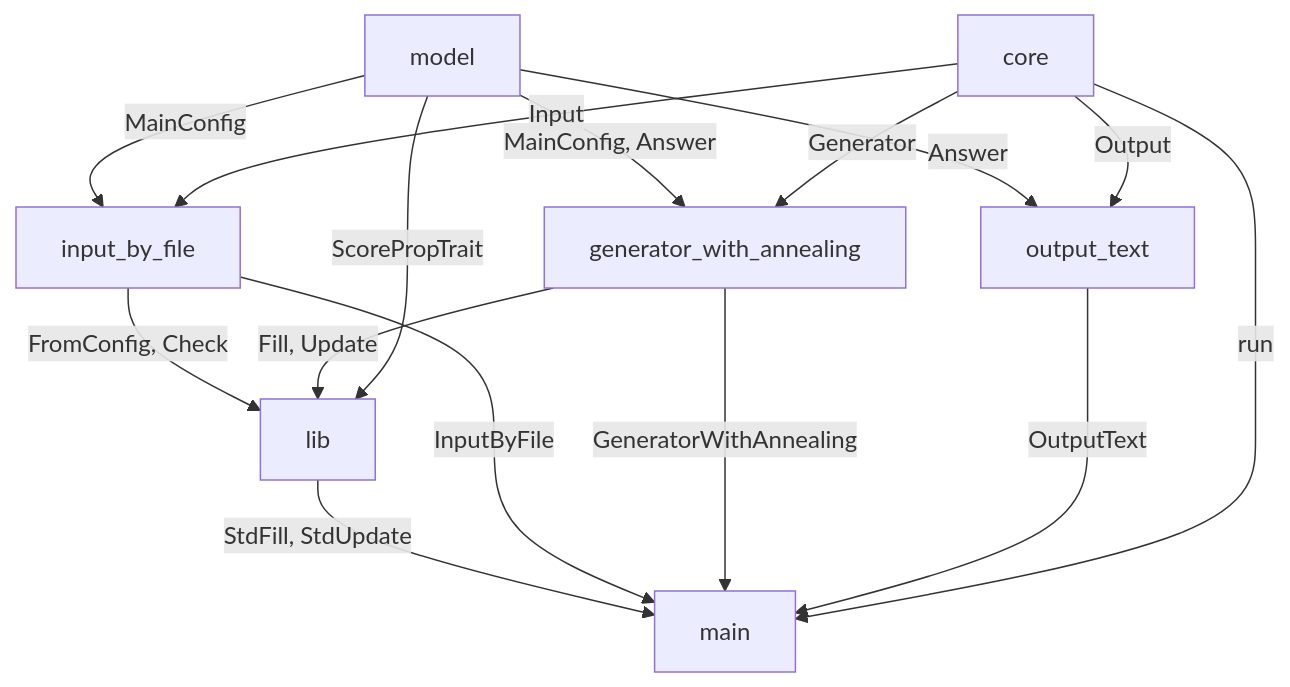
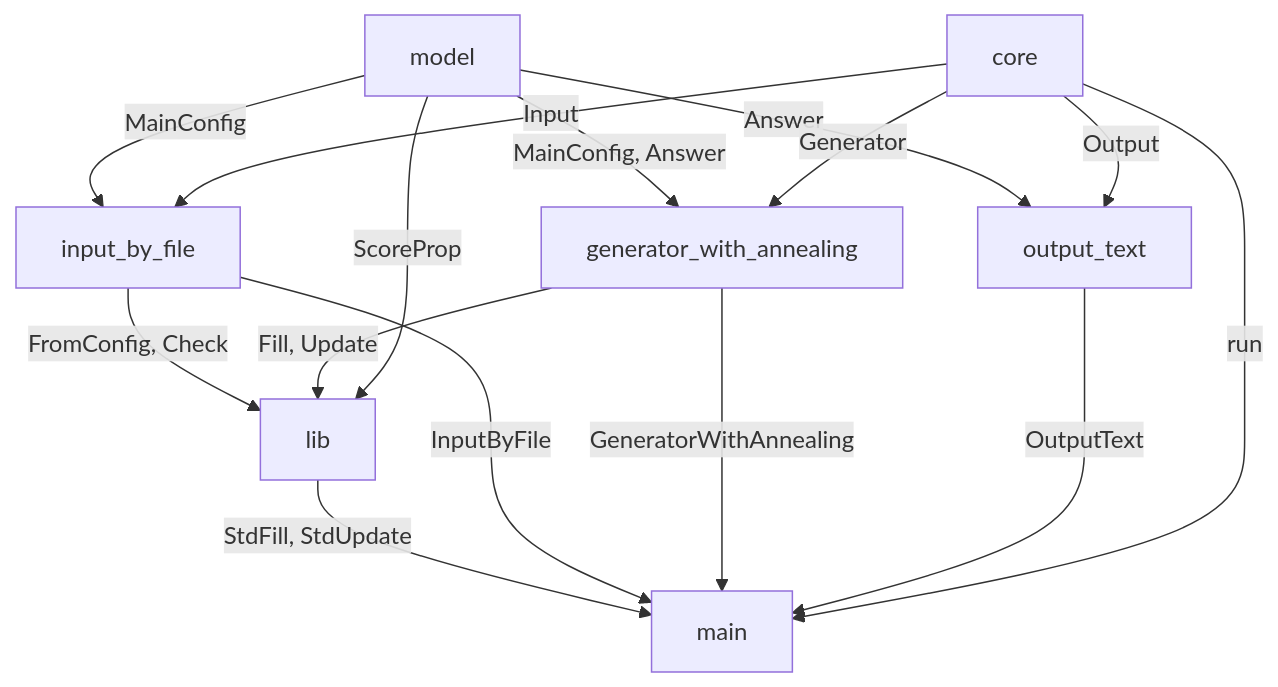
Before and after one commit to unsharot/kinmu_rs: the second of 2 diagrams in README.md, drawn with Mermaid. The commit also changed other lines of this file and 25 other files, not shown here.

Commit message:
Rename ScorePropTrait to ScoreProp

````diff
--- a/README.md
+++ b/README.md
@@ -208,17 +208,17 @@
 ```mermaid
 graph TD;
    lib -- StdFill, StdUpdate --> main;
    input_by_file -- InputByFile --> main;
    generator_with_annealing -- GeneratorWithAnnealing --> main;
    output_text -- OutputText --> main;
    core -- run --> main;
    input_by_file -- FromConfig, Check --> lib;
    generator_with_annealing -- Fill, Update --> lib;
-   model -- ScorePropTrait --> lib;
+   model -- ScoreProp --> lib;
    model -- MainConfig --> input_by_file;
    model -- MainConfig, Answer --> generator_with_annealing;
    model -- Answer --> output_text;
    core -- Input --> input_by_file;
    core -- Generator --> generator_with_annealing;
    core -- Output --> output_text;
 ```
````
